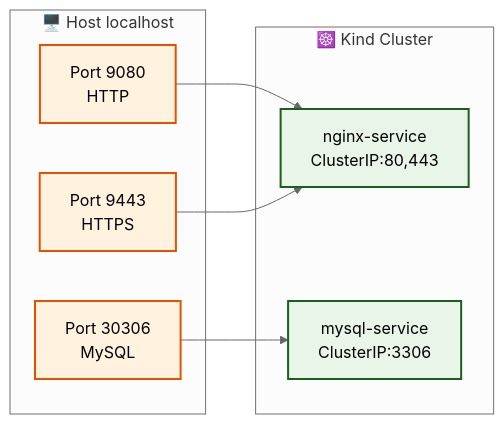
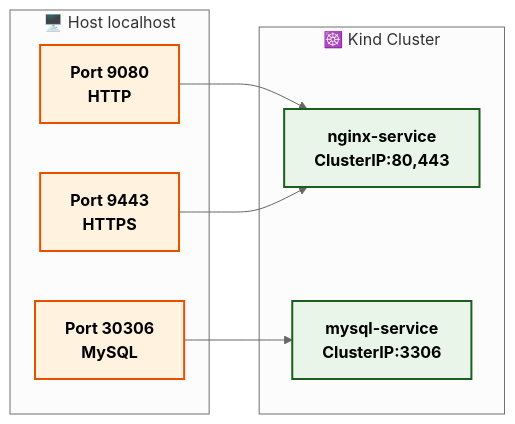
One commit to msreekanth02/kind-kubernetes-cluster-manager changed the second of 9 diagrams in ARCHITECTURE.md. Above: the diagram before and after it, drawn with Mermaid (neutral theme). The commit also changed other lines of this file, not shown here.

First line of the commit message:
🎨 Enhance all Mermaid diagrams with improved typography

````diff
--- a/ARCHITECTURE.md
+++ b/ARCHITECTURE.md
@@ -61,23 +61,23 @@
 ```mermaid
 graph LR
     subgraph "🖥️ Host localhost"
         HP1["Port 9080<br/>HTTP"]
         HP2["Port 9443<br/>HTTPS"]
         HP3["Port 30306<br/>MySQL"]
     end
     
     subgraph "☸️ Kind Cluster"
         NS["nginx-service<br/>ClusterIP:80,443"]
         MS["mysql-service<br/>ClusterIP:3306"]
     end
     
     HP1 --> NS
     HP2 --> NS  
     HP3 --> MS
     
-    classDef host fill:#fff3e0,stroke:#e65100,stroke-width:2px
-    classDef service fill:#e8f5e8,stroke:#1b5e20,stroke-width:2px
+    classDef host fill:#fff3e0,stroke:#e65100,stroke-width:2px,font-size:16px,font-weight:bold
+    classDef service fill:#e8f5e8,stroke:#1b5e20,stroke-width:2px,font-size:16px,font-weight:bold
     
     class HP1,HP2,HP3 host
     class NS,MS service
 ```
````
